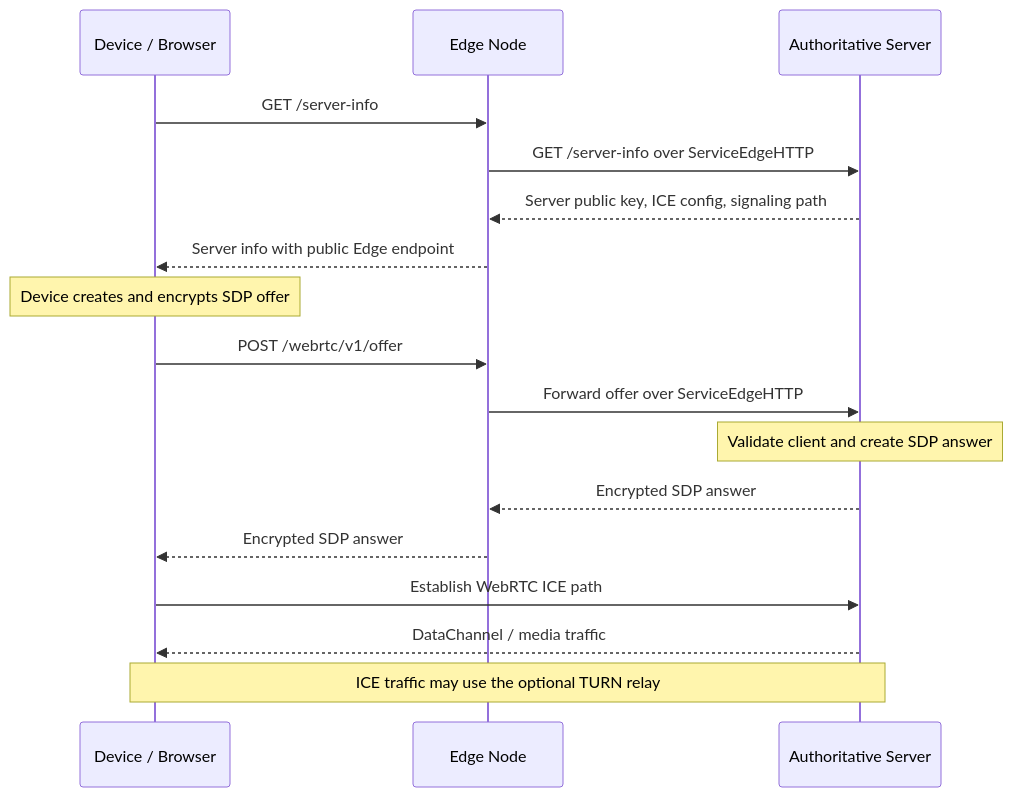
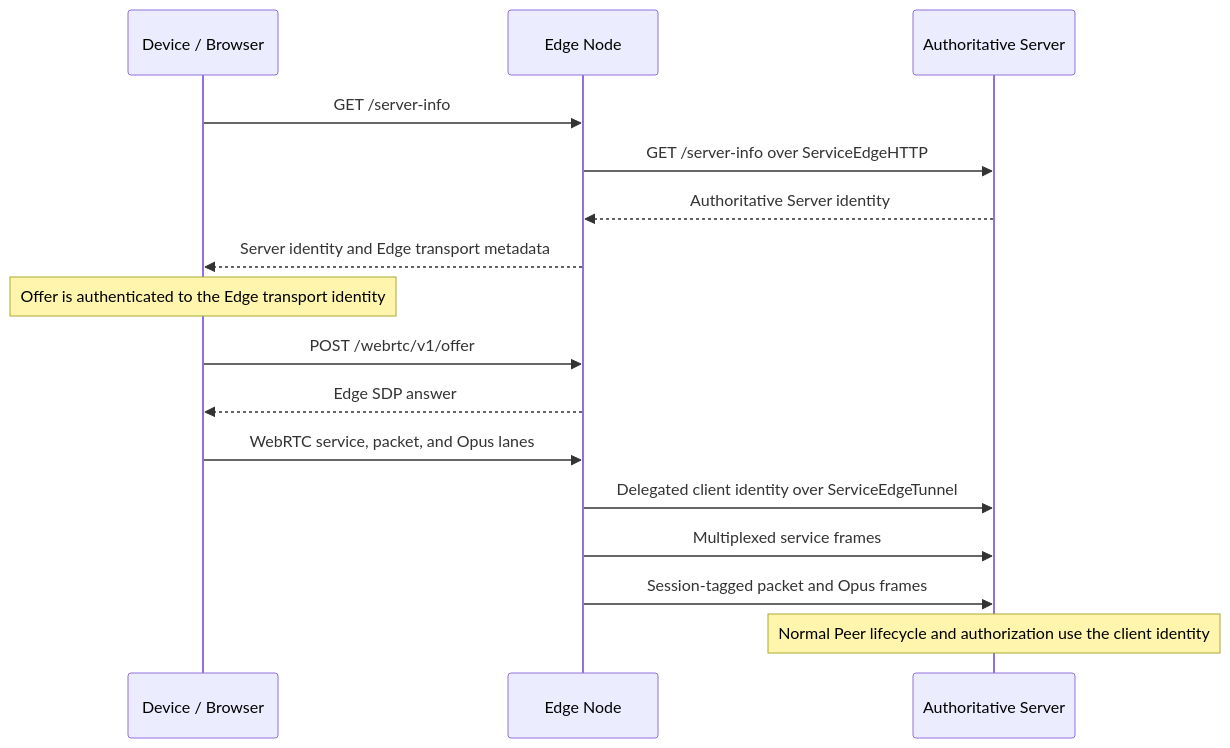
Before and after one commit to GizClaw/gizclaw: the first of 2 diagrams in guides/en/developing/gizedge.md, drawn with Mermaid. The commit also changed other lines of this file and 16 other files, not shown here.

````diff
--- a/guides/en/developing/gizedge.md
+++ b/guides/en/developing/gizedge.md
@@ -24,22 +32,20 @@
 ```mermaid
 sequenceDiagram
     participant Device as Device / Browser
     participant Edge as Edge Node
     participant Server as Authoritative Server
 
     Device->>Edge: GET /server-info
     Edge->>Server: GET /server-info over ServiceEdgeHTTP
-    Server-->>Edge: Server public key, ICE config, signaling path
-    Edge-->>Device: Server info with public Edge endpoint
+    Server-->>Edge: Authoritative Server identity
+    Edge-->>Device: Server identity and Edge transport metadata
 
-    Note over Device: Device creates and encrypts SDP offer
+    Note over Device: Offer is authenticated to the Edge transport identity
     Device->>Edge: POST /webrtc/v1/offer
-    Edge->>Server: Forward offer over ServiceEdgeHTTP
-    Note over Server: Validate client and create SDP answer
-    Server-->>Edge: Encrypted SDP answer
-    Edge-->>Device: Encrypted SDP answer
-
-    Device->>Server: Establish WebRTC ICE path
-    Server-->>Device: DataChannel / media traffic
-    Note over Device,Server: ICE traffic may use the optional TURN relay
+    Edge-->>Device: Edge SDP answer
+    Device->>Edge: WebRTC service, packet, and Opus lanes
+    Edge->>Server: Delegated client identity over ServiceEdgeTunnel
+    Edge->>Server: Multiplexed service frames
+    Edge->>Server: Session-tagged packet and Opus frames
+    Note over Server: Normal Peer lifecycle and authorization use the client identity
 ```
````
